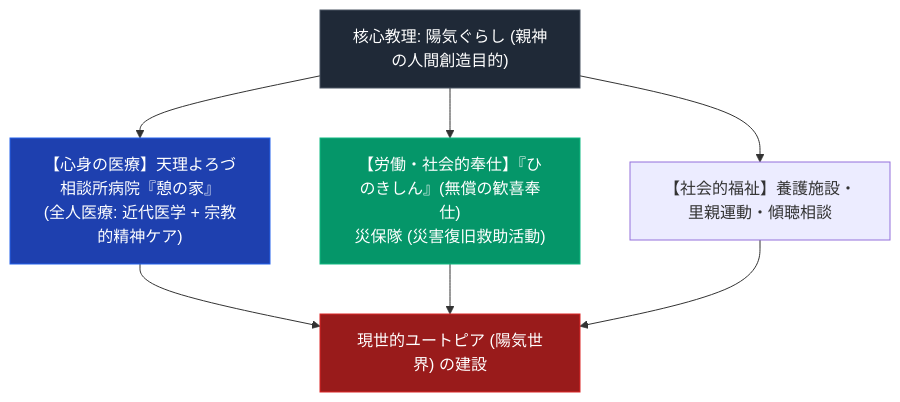
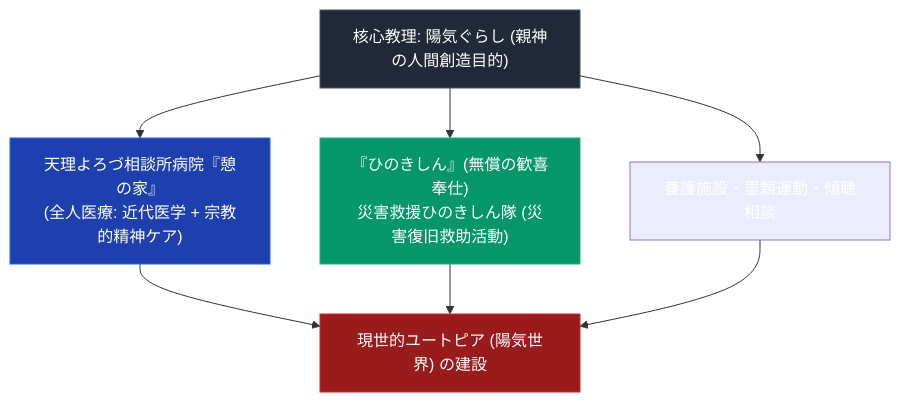
The diagram in content/01_宗派・異端研究/10_概念・原典・事件・拠点/陽気ぐらしと天理教の社会福祉・医療.md (iida-masashi/religion-garden), drawn with Mermaid before and after one commit. The commit also changed other lines of this file and 251 other files, not shown here.

````diff
--- a/content/01_宗派・異端研究/10_概念・原典・事件・拠点/陽気ぐらしと天理教の社会福祉・医療.md
+++ b/content/01_宗派・異端研究/10_概念・原典・事件・拠点/陽気ぐらしと天理教の社会福祉・医療.md
@@ -22,13 +22,13 @@
 ```mermaid
 graph TD
-    A["<div style='color:#ffffff;'>核心教理: 陽気ぐらし (親神の人間創造目的)</div>"] --> B1["<div style='color:#ffffff;'>【心身の医療】天理よろづ相談所病院『憩の家』<br>(全人医療: 近代医学 + 宗教的精神ケア)</div>"]
-    A --> B2["<div style='color:#ffffff;'>【労働・社会的奉仕】『ひのきしん』(無償の歓喜奉仕)<br>災保隊 (災害復旧救助活動)</div>"]
-    A --> B3["【社会的福祉】養護施設・里親運動・傾聴相談"]
-    
-    B1 & B2 & B3 --> C["<div style='color:#ffffff;'>現世的ユートピア (陽気世界) の建設</div>"]
-    
-    style A fill:#1f2937,stroke:#4b5563,color:#fff
-    style B1 fill:#1e40af,stroke:#2563eb,color:#fff
-    style B2 fill:#059669,stroke:#10b981,color:#fff
-    style C fill:#991b1b,stroke:#dc2626,color:#fff
+A["<div style='color:#ffffff;'>核心教理: 陽気ぐらし (親神の人間創造目的)</div>"] --> B1["<div style='color:#ffffff;'>天理よろづ相談所病院『憩の家』<br>(全人医療: 近代医学 + 宗教的精神ケア)</div>"]
+A --> B2["<div style='color:#ffffff;'>『ひのきしん』(無償の歓喜奉仕)<br>災害救援ひのきしん隊 (災害復旧救助活動)</div>"]
+A --> B3["<div style='color:#ffffff;'>養護施設・里親運動・傾聴相談"]
+
+B1 & B2 & B3 --> C["<div style='color:#ffffff;'>現世的ユートピア (陽気世界) の建設</div>"]
+
+style A fill:#1f2937,stroke:#4b5563,color:#fff
+style B1 fill:#1e40af,stroke:#2563eb,color:#fff
+style B2 fill:#059669,stroke:#10b981,color:#fff
+style C fill:#991b1b,stroke:#dc2626,color:#fff
 ```
````
